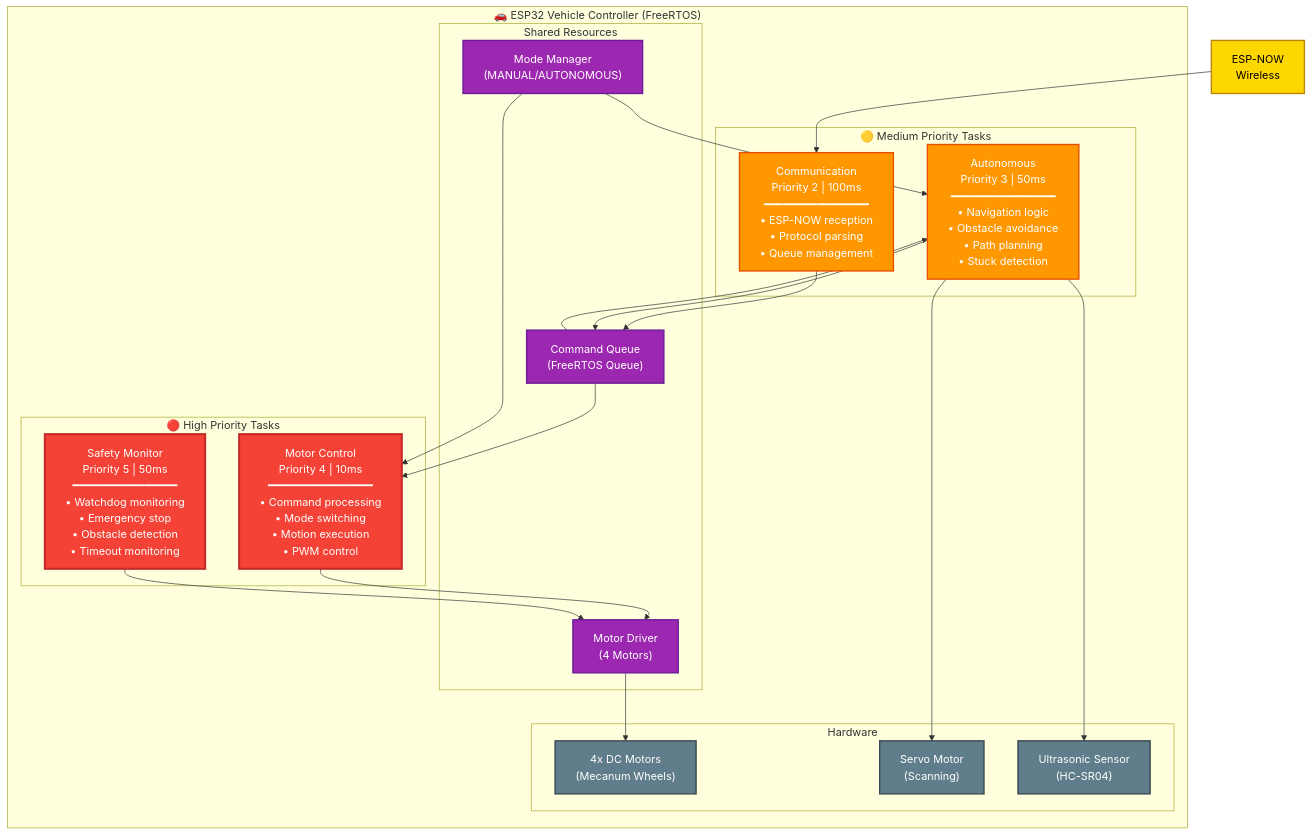
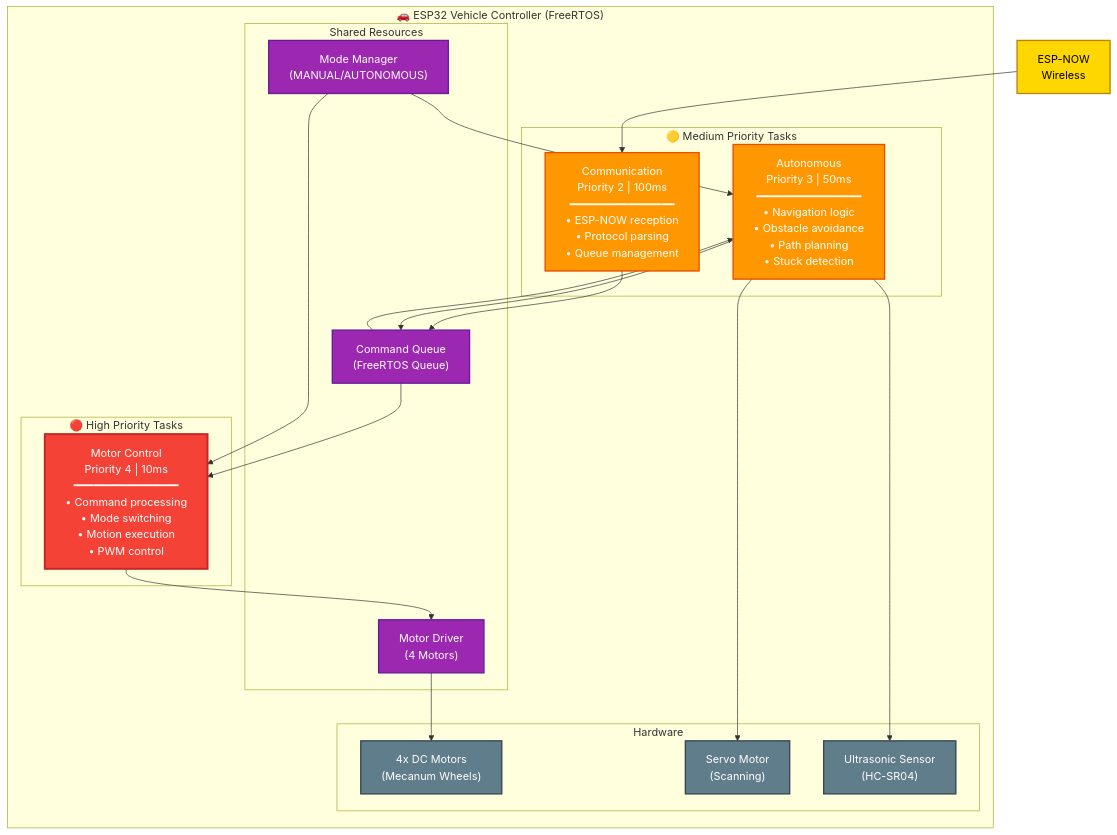
Before and after one commit to Yaniv23/final-project-gesture-car: the second of 4 diagrams in README.md, drawn with Mermaid. The commit also changed 38 other files, not shown here.

````diff
--- a/README.md
+++ b/README.md
@@ -92,53 +92,51 @@
 ```mermaid
 graph TB
     subgraph VehicleController["🚗 ESP32 Vehicle Controller (FreeRTOS)"]
         subgraph HighPriority["🔴 High Priority Tasks"]
-            SafetyMonitor["Safety Monitor<br/>Priority 5 | 50ms<br/>━━━━━━━━━━━━━━━━<br/>• Watchdog monitoring<br/>• Emergency stop<br/>• Obstacle detection<br/>• Timeout monitoring"]
             MotorControl["Motor Control<br/>Priority 4 | 10ms<br/>━━━━━━━━━━━━━━━━<br/>• Command processing<br/>• Mode switching<br/>• Motion execution<br/>• PWM control"]
         end
         
         subgraph MediumPriority["🟡 Medium Priority Tasks"]
             Autonomous["Autonomous<br/>Priority 3 | 50ms<br/>━━━━━━━━━━━━━━━━<br/>• Navigation logic<br/>• Obstacle avoidance<br/>• Path planning<br/>• Stuck detection"]
             Communication["Communication<br/>Priority 2 | 100ms<br/>━━━━━━━━━━━━━━━━<br/>• ESP-NOW reception<br/>• Protocol parsing<br/>• Queue management"]
         end
         
         subgraph SharedResources["Shared Resources"]
             CommandQueue["Command Queue<br/>(FreeRTOS Queue)"]
             ModeManager["Mode Manager<br/>(MANUAL/AUTONOMOUS)"]
             MotorDriver["Motor Driver<br/>(4 Motors)"]
         end
         
         subgraph Hardware["Hardware"]
             Motors["4x DC Motors<br/>(Mecanum Wheels)"]
             Servo["Servo Motor<br/>(Scanning)"]
             Ultrasonic["Ultrasonic Sensor<br/>(HC-SR04)"]
         end
     end
     
     ESPNOW["ESP-NOW<br/>Wireless"]
     
     ESPNOW --> Communication
     Communication --> CommandQueue
     CommandQueue --> MotorControl
     CommandQueue --> Autonomous
     ModeManager --> MotorControl
     ModeManager --> Autonomous
     MotorControl --> MotorDriver
     Autonomous --> CommandQueue
-    SafetyMonitor --> MotorDriver
     MotorDriver --> Motors
     Autonomous --> Servo
     Autonomous --> Ultrasonic
     
     classDef highPriority fill:#F44336,stroke:#C62828,stroke-width:3px,color:#fff
     classDef mediumPriority fill:#FF9800,stroke:#E65100,stroke-width:2px,color:#fff
     classDef shared fill:#9C27B0,stroke:#6A1B9A,stroke-width:2px,color:#fff
     classDef hardware fill:#607D8B,stroke:#37474F,stroke-width:2px,color:#fff
     classDef comm fill:#FFD700,stroke:#B8860B,stroke-width:2px,color:#000
     
-    class SafetyMonitor,MotorControl highPriority
+    class MotorControl highPriority
     class Autonomous,Communication mediumPriority
     class CommandQueue,ModeManager,MotorDriver shared
     class Motors,Servo,Ultrasonic hardware
     class ESPNOW comm
 ```
````
